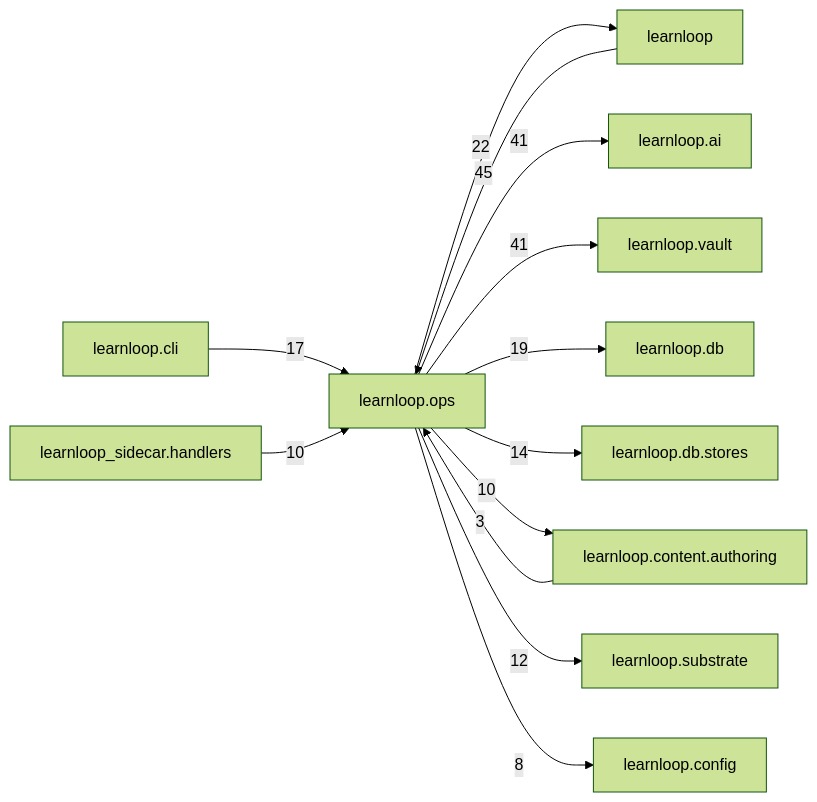
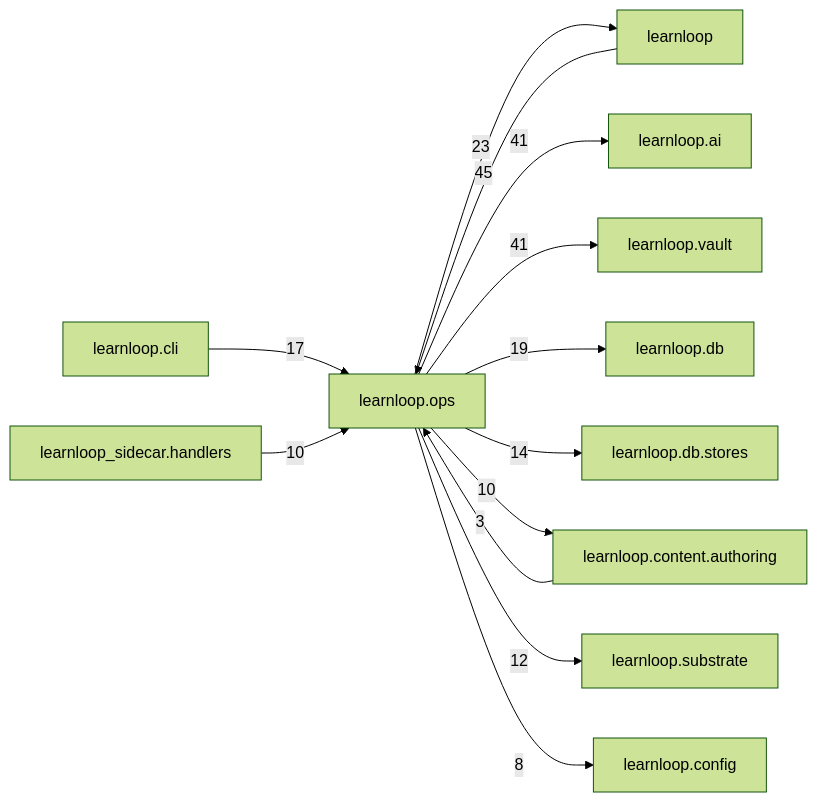
One commit to 6up-b/learnanything changed the diagram in docs/learnloop-architecture-vault/Reference/Modules/learnloop/ops/_package.md. Above: the diagram before and after it, drawn with Mermaid (forest theme). The commit also changed other lines of this file and 26 other files, not shown here.

````diff
--- a/docs/learnloop-architecture-vault/Reference/Modules/learnloop/ops/_package.md
+++ b/docs/learnloop-architecture-vault/Reference/Modules/learnloop/ops/_package.md
@@ -150,26 +150,26 @@
 ```mermaid
 flowchart LR
     center["learnloop.ops"]
     n_learnloop["learnloop"]
     n_learnloop_ai["learnloop.ai"]
     n_learnloop_vault["learnloop.vault"]
     n_learnloop_db["learnloop.db"]
     n_learnloop_cli["learnloop.cli"]
     n_learnloop_db_stores["learnloop.db.stores"]
     n_learnloop_content_authoring["learnloop.content.authoring"]
     n_learnloop_substrate["learnloop.substrate"]
     n_learnloop_sidecar_handlers["learnloop_sidecar.handlers"]
     n_learnloop_config["learnloop.config"]
     n_learnloop -->|45| center
-    center -->|22| n_learnloop
+    center -->|23| n_learnloop
     center -->|41| n_learnloop_ai
     center -->|41| n_learnloop_vault
     center -->|19| n_learnloop_db
     n_learnloop_cli -->|17| center
     center -->|14| n_learnloop_db_stores
     n_learnloop_content_authoring -->|3| center
     center -->|10| n_learnloop_content_authoring
     center -->|12| n_learnloop_substrate
     n_learnloop_sidecar_handlers -->|10| center
     center -->|8| n_learnloop_config
 ```
````
